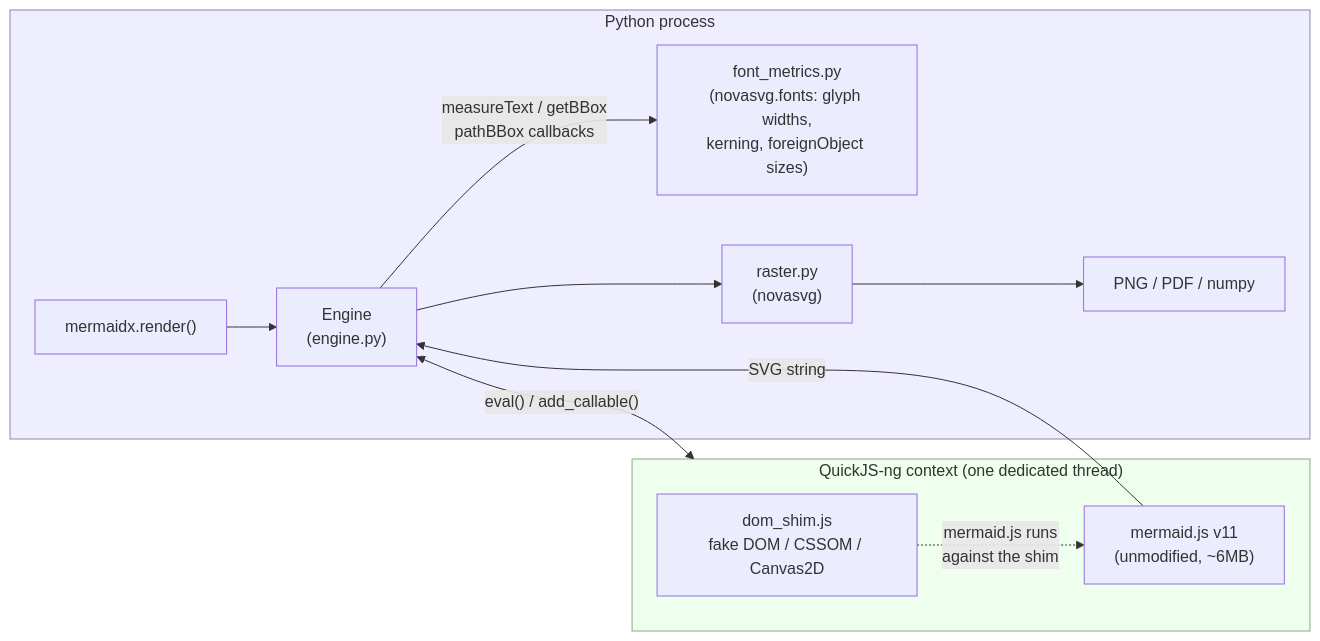
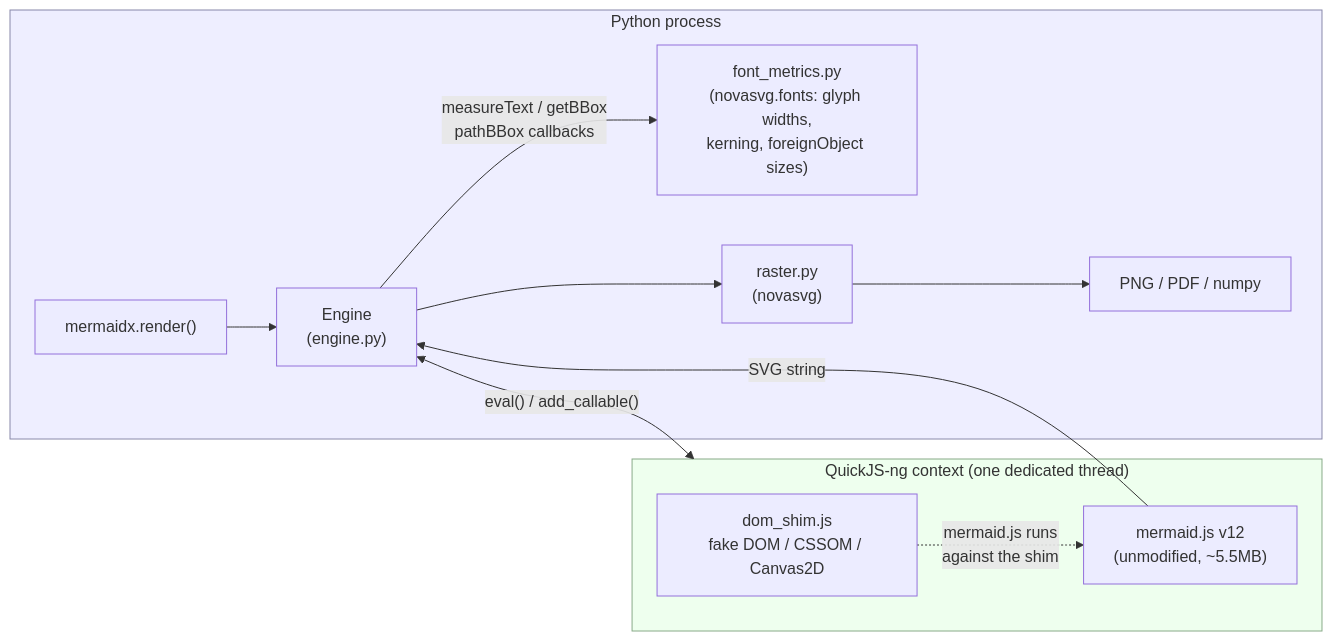
The first of 7 diagrams in architecture.md (MohammadRaziei/mermaidx), drawn with Mermaid before and after one commit. The commit also changed other lines of this file and 6 other files, not shown here.

First line of the commit message:
chore: release v0.11.0 with mermaid-cli 12, pele renderer, and performance fixes

````diff
--- a/architecture.md
+++ b/architecture.md
@@ -15,18 +15,18 @@
 ```mermaid
 flowchart LR
     subgraph py["Python process"]
         API["mermaidx.render()"] --> ENG["Engine\n(engine.py)"]
         ENG -- "measureText / getBBox\npathBBox callbacks" --> FM["font_metrics.py\n(novasvg.fonts: glyph widths,\nkerning, foreignObject sizes)"]
         ENG --> RAST["raster.py\n(novasvg)"]
         RAST --> OUT["PNG / PDF / numpy"]
     end
     subgraph qjs["QuickJS-ng context (one dedicated thread)"]
         SHIM["dom_shim.js\nfake DOM / CSSOM / Canvas2D"]
-        MMD["mermaid.js v11\n(unmodified, ~6MB)"]
+        MMD["mermaid.js v12\n(unmodified, ~5.5MB)"]
         SHIM -.->|"mermaid.js runs\nagainst the shim"| MMD
     end
     ENG <-->|"eval() / add_callable()"| qjs
     MMD -->|"SVG string"| ENG
     style py fill:#eef,stroke:#88a
     style qjs fill:#efe,stroke:#8a8
 ```
````
